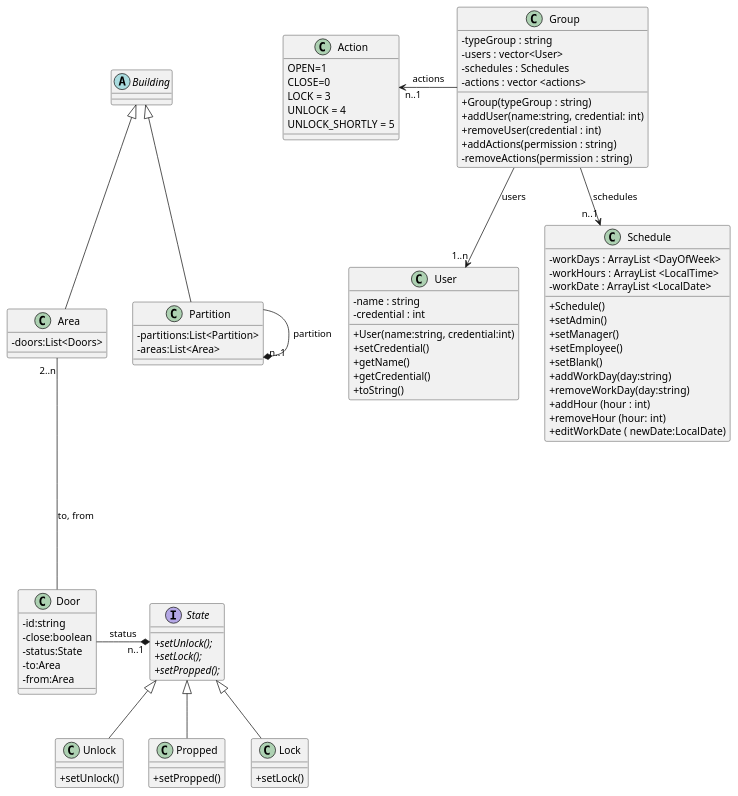
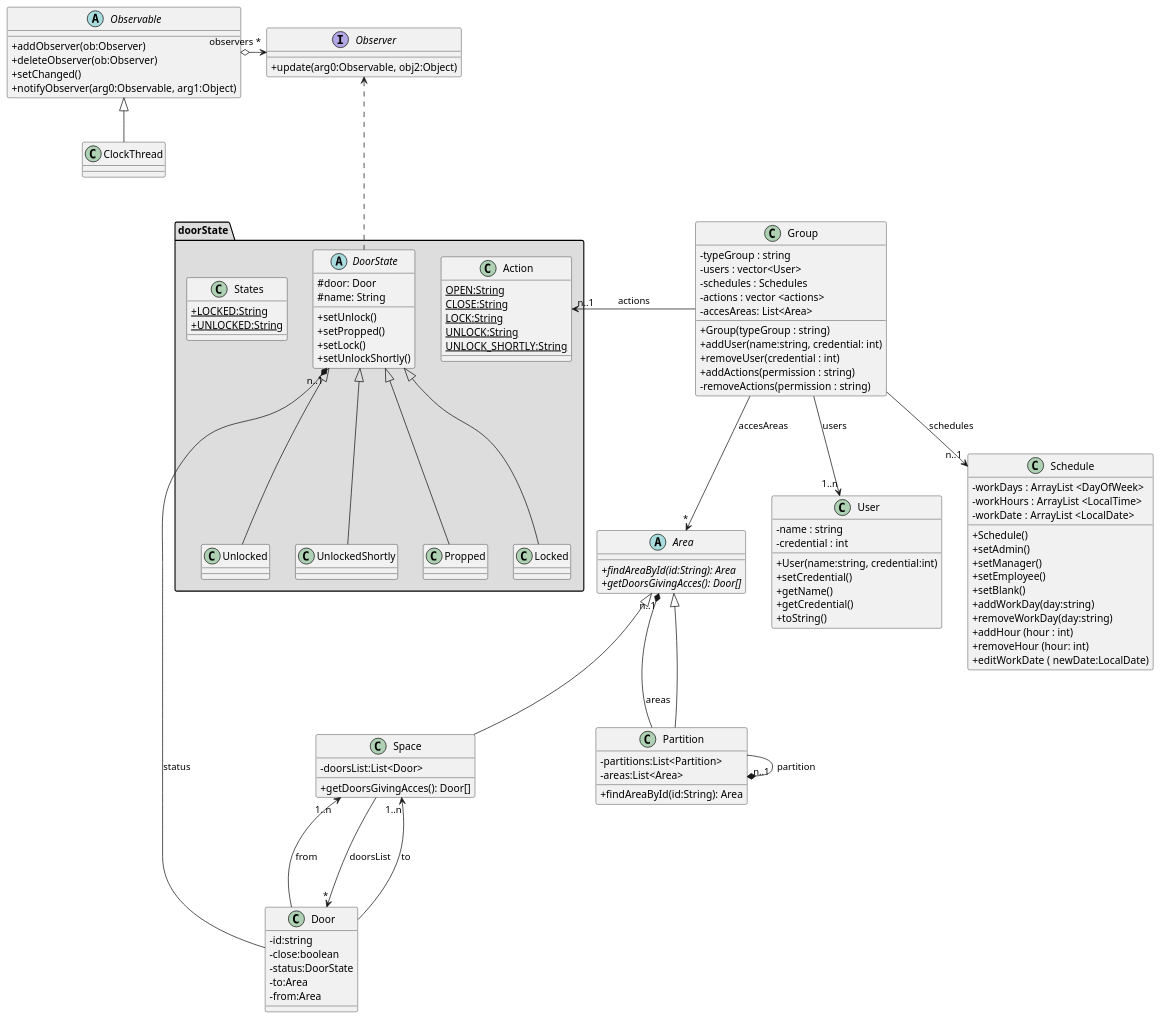
Before and after one commit to cuevc/PlabDs: the diagram in src/baseNoStates/uml/class.puml, drawn with PlantUML. The commit also changed 1 other file, not shown here.

Commit message:
diagram 1.2 and comment deleted

```diff
--- a/src/baseNoStates/uml/class.puml
+++ b/src/baseNoStates/uml/class.puml
@@ -1,110 +1,156 @@
 @startuml
 skinparam classAttributeIconSize 0
 ' this is to use the standard notation for public, protected, private
 
 class User {
 - name : string
 - credential : int
-
 + User(name:string, credential:int)
 + setCredential()
 + getName()
 + getCredential()
 + toString()
 }
 
 
 
 class Group{
     - typeGroup : string
     - users : vector<User>
     - schedules : Schedules
     - actions : vector <actions>
+    - accesAreas: List<Area>
+
+
    + Group(typeGroup : string)
    + addUser(name:string, credential: int)
    + removeUser(credential : int)
    + addActions(permission : string)
    - removeActions(permission : string)
 
 }
-Group -left-> "n..1" Action : actions
-Group -down-> "n..1" Schedule : schedules
-Group -down-> "1..n"  User: users
 
 
 class Schedule{
     - workDays : ArrayList <DayOfWeek>
     - workHours : ArrayList <LocalTime>
     - workDate : ArrayList <LocalDate>
 
     + Schedule()
     + setAdmin()
     + setManager()
     + setEmployee()
     + setBlank()
     + addWorkDay(day:string)
     + removeWorkDay(day:string)
     + addHour (hour : int)
     + removeHour (hour: int)
     + editWorkDate ( newDate:LocalDate)
 
 }
 
 
 class Door{
     -id:string
     -close:boolean
-    -status:State
+    -status:DoorState
     -to:Area
     -from:Area
 }
 
-Interface State{
-    {abstract}+setUnlock();
-    {abstract}+setLock();
-    {abstract}+setPropped();
+namespace doorState #DDDDDD{
+    class States{
+       +{static}LOCKED:String
+       +{static}UNLOCKED:String
+    }
+
+    class Action{
+        {static}OPEN:String
+        {static}CLOSE:String
+        {static}LOCK:String
+        {static}UNLOCK:String
+        {static}UNLOCK_SHORTLY:String
+    }
+
+    abstract DoorState{
+        #door: Door
+        #name: String
+        +setUnlock()
+        +setPropped()
+        +setLock()
+        +setUnlockShortly()
+    }
+
+    class Unlocked extends DoorState{
+
+    }
+
+    class UnlockedShortly extends DoorState{
+
+    }
+
+    class Propped extends DoorState{
+
+    }
+
+    class Locked extends DoorState{
+
+    }
 }
 
-class Unlock extends State{
-    +setUnlock()
+
+abstract Area{
+    {abstract}+findAreaById(id:String): Area
+    {abstract}+getDoorsGivingAcces(): Door[]
 }
 
-class Propped extends State{
-    +setPropped()
+class Partition extends Area{
+    -partitions:List<Partition>
+    -areas:List<Area>
+
+    +findAreaById(id:String): Area
 }
 
-class Lock extends State{
-    +setLock()
+ class Space Extends Area{
+    -doorsList:List<Door>
+
+    +getDoorsGivingAcces(): Door[]
 }
 
-class Area Extends Building{
-    -doors:List<Doors>
+
+abstract Observable{
+    +addObserver(ob:Observer)
+    +deleteObserver(ob:Observer)
+    +setChanged()
+    +notifyObserver(arg0:Observable, arg1:Object)
 }
 
-class Partition extends Building{
-    -partitions:List<Partition>
-    -areas:List<Area>
+interface Observer{
+    +update(arg0:Observable, obj2:Object)
 }
 
-abstract class Building{
+
+class ClockThread extends Observable{
 
 }
 
-class Action{
-    OPEN=1
-    CLOSE=0
-    LOCK = 3
-    UNLOCK = 4
-    UNLOCK_SHORTLY = 5
-}
+Group -left-> "n..1" Action : actions
+Group -down-> "n..1" Schedule : schedules
+Group -down-> "1..n"  User: users
 
 
+Door --up->"1..n" Space: to
+Door --up->"1..n" Space: from
+Door -right-*"n..1" DoorState : status
 
-Door -right-*"n..1" State : status
-Door --up--"2..n" Area: to, from
 Partition --right*"n..1" Partition : partition
+Partition --down*"n..1" Area: areas
 
+Space --down->"*" Door:doorsList
 
+Group -->"*" Area: accesAreas
 
+Observable o-right-> "observers *" Observer
 
+DoorState ..Up.> Observer
 @enduml
```
